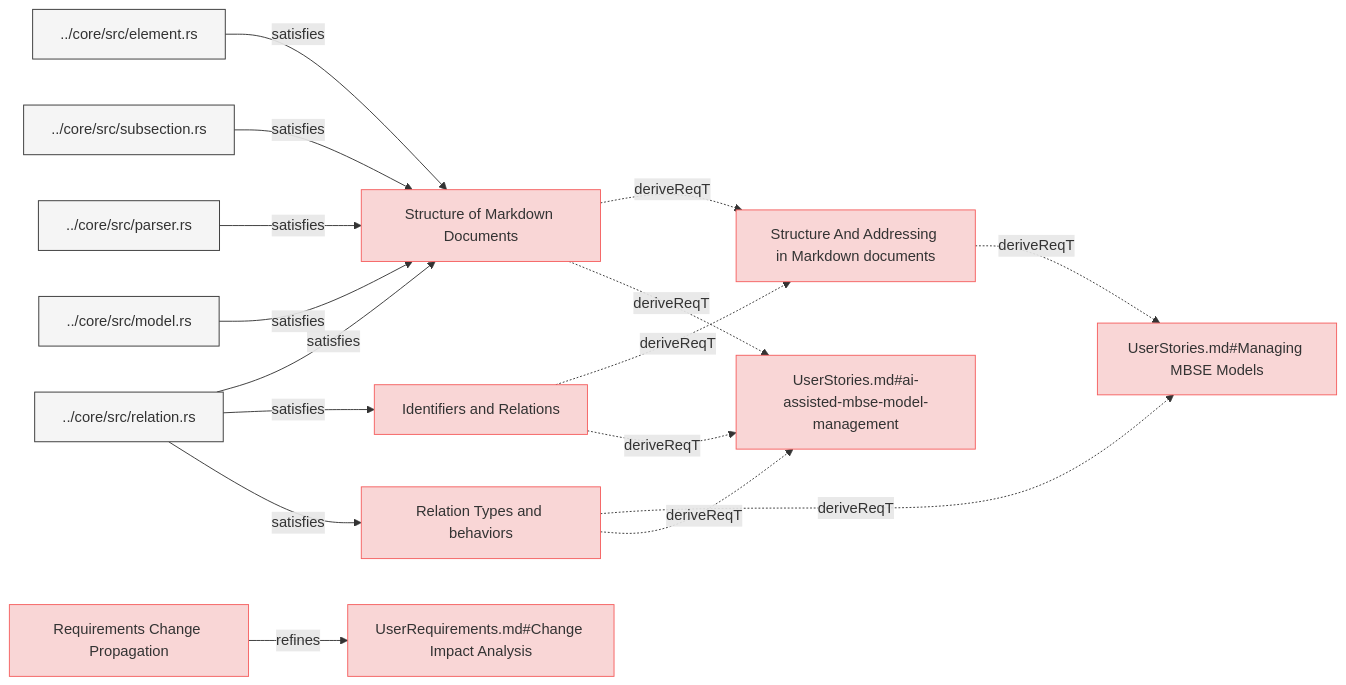
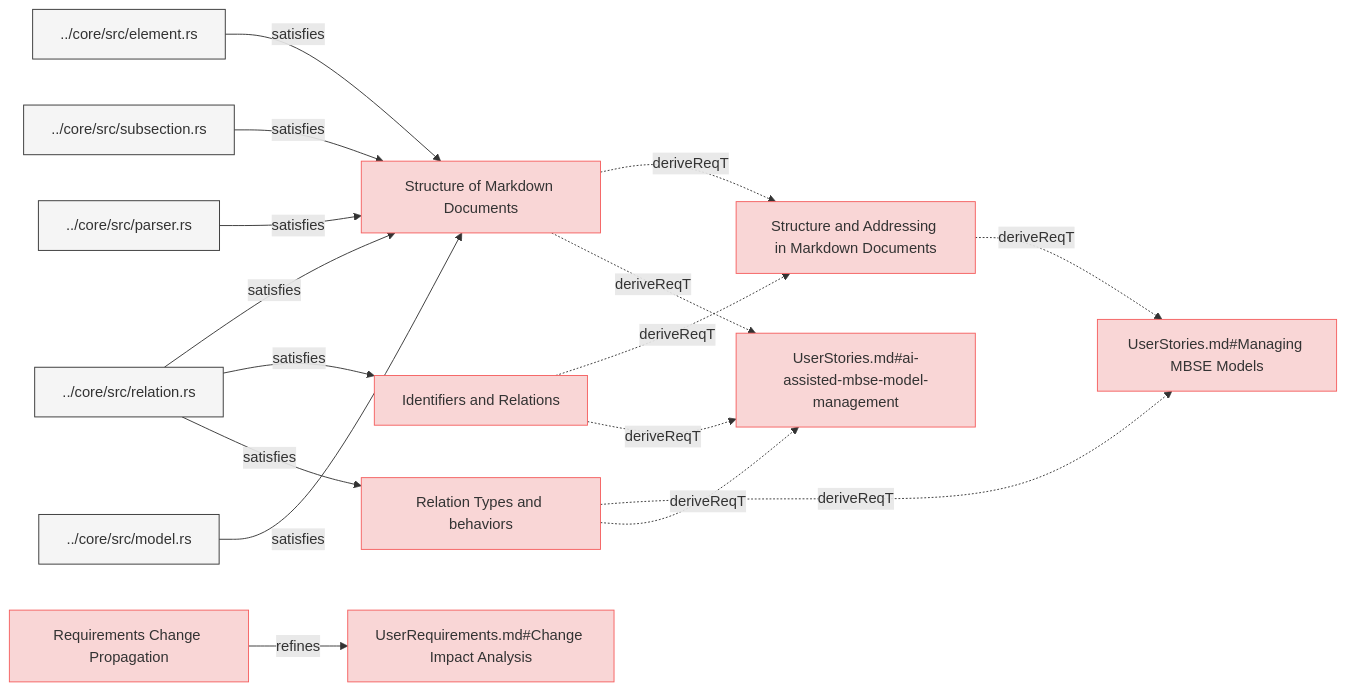
One commit to reqvire-org/reqvire changed the first of 3 diagrams in specifications/SpecificationsRequirements.md. Above: the diagram before and after it, drawn with Mermaid. The commit also changed other lines of this file and 44 other files, not shown here.

Commit message:
Diagrams bug fixes. Test improvements.

````diff
--- a/specifications/SpecificationsRequirements.md
+++ b/specifications/SpecificationsRequirements.md
@@ -4,63 +4,69 @@
 ```mermaid
 graph LR;
   %% Graph styling
   classDef requirement fill:#f9d6d6,stroke:#f55f5f,stroke-width:1px;
   classDef verification fill:#d6f9d6,stroke:#5fd75f,stroke-width:1px;
   classDef externalLink fill:#d0e0ff,stroke:#3080ff,stroke-width:1px;
   classDef default fill:#f5f5f5,stroke:#333333,stroke-width:1px;
 
+  ade67c27bc5d3bbd["Structure and Addressing in Markdown Documents"];
+  class ade67c27bc5d3bbd requirement;
+  click ade67c27bc5d3bbd "SpecificationsRequirements.md#structure-and-addressing-in-markdown-documents";
+  e61b7c1baa89bfc6["UserStories.md#Managing MBSE Models"];
+  class e61b7c1baa89bfc6 requirement;
+  click e61b7c1baa89bfc6 "UserStories.md#managing-mbse-models";
+  ade67c27bc5d3bbd -.->|deriveReqT| e61b7c1baa89bfc6;
   b49d890e0bbe0a83["Structure of Markdown Documents"];
-  click b49d890e0bbe0a83 "specifications/SpecificationsRequirements.md#structure-of-markdown-documents#structure-of-markdown-documents";
   class b49d890e0bbe0a83 requirement;
-  ade67c27bc5d3bbd["Structure And Addressing in Markdown documents"];
-  class ade67c27bc5d3bbd requirement;
-  click ade67c27bc5d3bbd "specifications/SpecificationsRequirements.md#structure-and-addressing-in-markdown-documents#structure-and-addressing-in-markdown-documents";
+  click b49d890e0bbe0a83 "SpecificationsRequirements.md#structure-of-markdown-documents";
   b49d890e0bbe0a83 -.->|deriveReqT| ade67c27bc5d3bbd;
   cd2d5dab49985ca2["UserStories.md#ai-assisted-mbse-model-management"];
   class cd2d5dab49985ca2 requirement;
-  click cd2d5dab49985ca2 "specifications/UserStories.md#ai-assisted-mbse-model-management#ai-assisted-mbse-model-management";
+  click cd2d5dab49985ca2 "UserStories.md#ai-assisted-mbse-model-management";
   b49d890e0bbe0a83 -.->|deriveReqT| cd2d5dab49985ca2;
   9450d4313f47ef36["../core/src/relation.rs"];
   class 9450d4313f47ef36 default;
-  click 9450d4313f47ef36 "core/src/relation.rs";
+  click 9450d4313f47ef36 "../core/src/relation.rs";
   9450d4313f47ef36 -->|satisfies| b49d890e0bbe0a83;
   a814c4935e1a0449["../core/src/element.rs"];
   class a814c4935e1a0449 default;
-  click a814c4935e1a0449 "core/src/element.rs";
+  click a814c4935e1a0449 "../core/src/element.rs";
   a814c4935e1a0449 -->|satisfies| b49d890e0bbe0a83;
   398003c91b6b2cde["../core/src/subsection.rs"];
   class 398003c91b6b2cde default;
-  click 398003c91b6b2cde "core/src/subsection.rs";
+  click 398003c91b6b2cde "../core/src/subsection.rs";
   398003c91b6b2cde -->|satisfies| b49d890e0bbe0a83;
   f22d93285fcd7664["../core/src/parser.rs"];
   class f22d93285fcd7664 default;
-  click f22d93285fcd7664 "core/src/parser.rs";
+  click f22d93285fcd7664 "../core/src/parser.rs";
   f22d93285fcd7664 -->|satisfies| b49d890e0bbe0a83;
   d50a859650933e55["../core/src/model.rs"];
   class d50a859650933e55 default;
-  click d50a859650933e55 "core/src/model.rs";
+  click d50a859650933e55 "../core/src/model.rs";
   d50a859650933e55 -->|satisfies| b49d890e0bbe0a83;
+  816c1e0b1de4dc53["Identifiers and Relations"];
+  class 816c1e0b1de4dc53 requirement;
+  click 816c1e0b1de4dc53 "SpecificationsRequirements.md#identifiers-and-relations";
+  816c1e0b1de4dc53 -.->|deriveReqT| ade67c27bc5d3bbd;
+  816c1e0b1de4dc53 -.->|deriveReqT| cd2d5dab49985ca2;
+  9450d4313f47ef36["../core/src/relation.rs"];
+  class 9450d4313f47ef36 default;
+  click 9450d4313f47ef36 "../core/src/relation.rs";
+  9450d4313f47ef36 -->|satisfies| 816c1e0b1de4dc53;
+  551906d5c51d91d9["Relation Types and behaviors"];
+  class 551906d5c51d91d9 requirement;
+  click 551906d5c51d91d9 "SpecificationsRequirements.md#relation-types-and-behaviors";
+  551906d5c51d91d9 -.->|deriveReqT| e61b7c1baa89bfc6;
+  551906d5c51d91d9 -.->|deriveReqT| cd2d5dab49985ca2;
+  9450d4313f47ef36["../core/src/relation.rs"];
+  class 9450d4313f47ef36 default;
+  click 9450d4313f47ef36 "../core/src/relation.rs";
+  9450d4313f47ef36 -->|satisfies| 551906d5c51d91d9;
   2054606d7574a553["Requirements Change Propagation"];
-  click 2054606d7574a553 "specifications/SpecificationsRequirements.md#requirements-change-propagation#requirements-change-propagation";
   class 2054606d7574a553 requirement;
+  click 2054606d7574a553 "SpecificationsRequirements.md#requirements-change-propagation";
   9933cac5853a8584["UserRequirements.md#Change Impact Analysis"];
   class 9933cac5853a8584 requirement;
-  click 9933cac5853a8584 "specifications/UserRequirements.md#change-impact-analysis#change-impact-analysis";
+  click 9933cac5853a8584 "UserRequirements.md#change-impact-analysis";
   2054606d7574a553 -->|refines| 9933cac5853a8584;
-  e61b7c1baa89bfc6["UserStories.md#Managing MBSE Models"];
-  class e61b7c1baa89bfc6 requirement;
-  click e61b7c1baa89bfc6 "specifications/UserStories.md#managing-mbse-models#managing-mbse-models";
-  ade67c27bc5d3bbd -.->|deriveReqT| e61b7c1baa89bfc6;
-  816c1e0b1de4dc53["Identifiers and Relations"];
-  click 816c1e0b1de4dc53 "specifications/SpecificationsRequirements.md#identifiers-and-relations#identifiers-and-relations";
-  class 816c1e0b1de4dc53 requirement;
-  816c1e0b1de4dc53 -.->|deriveReqT| ade67c27bc5d3bbd;
-  816c1e0b1de4dc53 -.->|deriveReqT| cd2d5dab49985ca2;
-  9450d4313f47ef36 -->|satisfies| 816c1e0b1de4dc53;
-  551906d5c51d91d9["Relation Types and behaviors"];
-  click 551906d5c51d91d9 "specifications/SpecificationsRequirements.md#relation-types-and-behaviors#relation-types-and-behaviors";
-  class 551906d5c51d91d9 requirement;
-  551906d5c51d91d9 -.->|deriveReqT| e61b7c1baa89bfc6;
-  551906d5c51d91d9 -.->|deriveReqT| cd2d5dab49985ca2;
-  9450d4313f47ef36 -->|satisfies| 551906d5c51d91d9;
 ```
````
